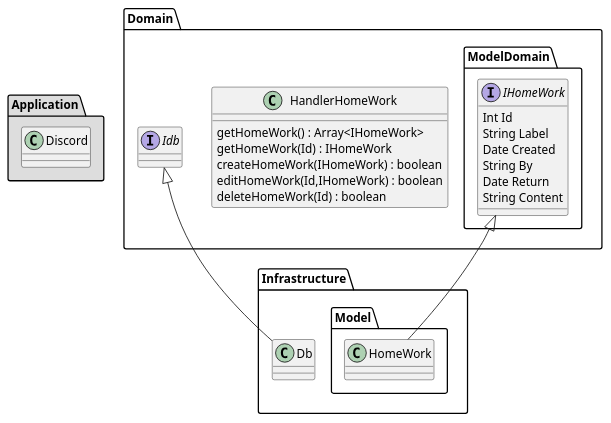
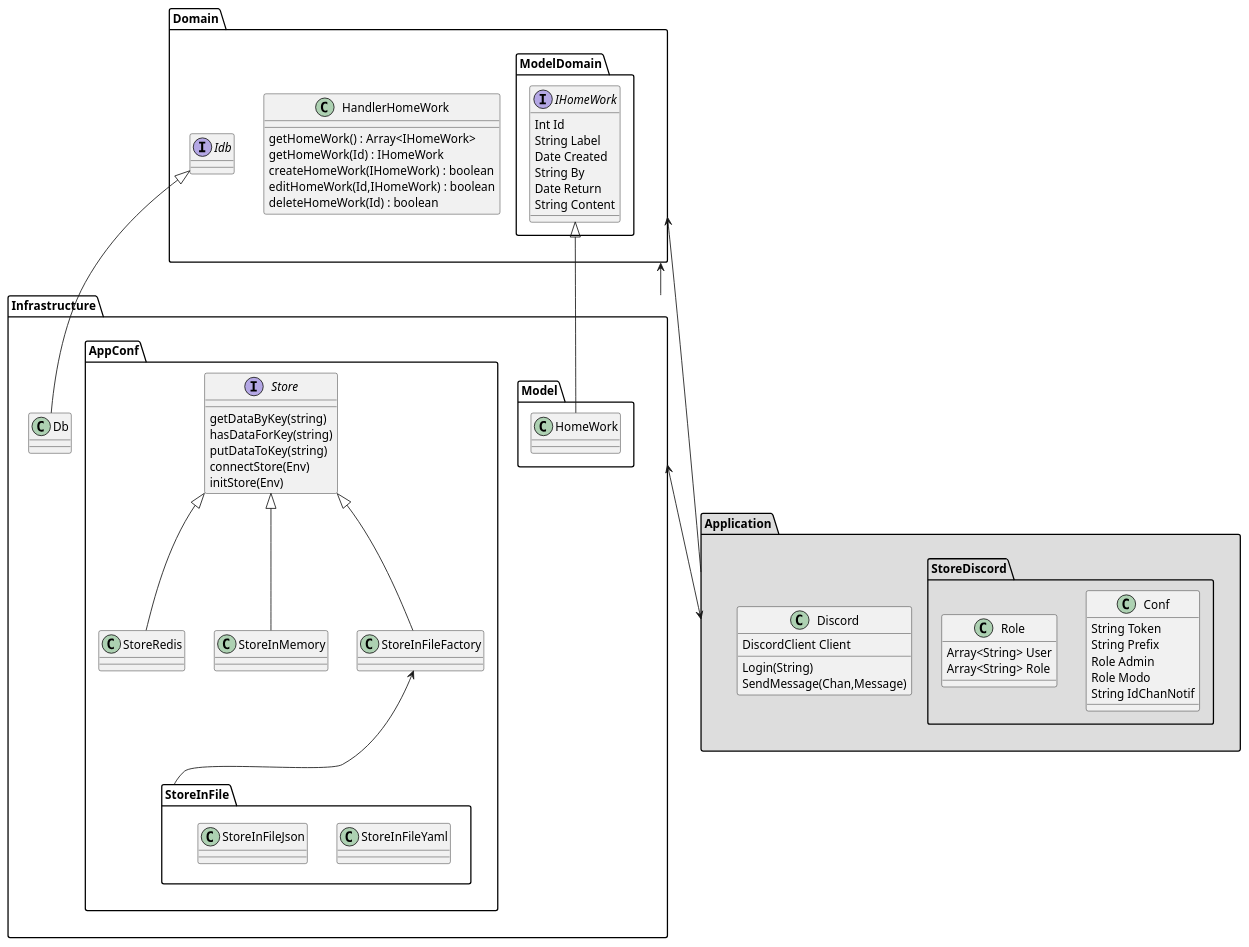
Before and after one commit to batleforc/BotKodan: the diagram in protoDDD.puml, drawn with PlantUML. The commit also changed 1 other file, not shown here.

Commit message:
[add] The store part that allow the connection of the bot and some link

```diff
--- a/protoDDD.puml
+++ b/protoDDD.puml
@@ -1,38 +1,79 @@
-@startuml
+@startuml ProtoDDD
 
-package "Application" #DDDDDD {
-  class Discord
+package "Application" as app #DDDDDD {
+  class Discord{
+    DiscordClient Client
+    Login(String)
+    SendMessage(Chan,Message)
+  }
+  package StoreDiscord{
+    class Conf{
+      String Token
+      String Prefix
+      Role Admin
+      Role Modo
+      String IdChanNotif
+    }
+    class Role{
+      Array<String> User
+      Array<String> Role
+    }
+  }
 }
 
-package "Domain" {
+package "Domain" as domain {
   package ModelDomain{
     interface IHomeWork{
       Int Id
       String Label
       Date Created
       String By
       Date Return
       String Content
     }
   }
   class HandlerHomeWork{
     getHomeWork() : Array<IHomeWork>
     getHomeWork(Id) : IHomeWork
     createHomeWork(IHomeWork) : boolean
     editHomeWork(Id,IHomeWork) : boolean
     deleteHomeWork(Id) : boolean
   }
   interface Idb
 }
 
-package "Infrastructure"{
+package "Infrastructure" as infra{
   class Db
   package "Model"{
     class HomeWork
+  }
+  package "AppConf"{
+    interface Store{
+      getDataByKey(string)
+      hasDataForKey(string)
+      putDataToKey(string)
+      connectStore(Env)
+      initStore(Env)
+    }
+    class StoreRedis
+    class StoreInMemory
+    Class StoreInFileFactory
+    package StoreInFile{
+      class StoreInFileYaml
+      class StoreInFileJson
+    }
   }
 }
 
 IHomeWork <|-- HomeWork
 Idb <|-- Db
+Store <|-- StoreRedis
+Store <|-- StoreInMemory
+Store <|-- StoreInFileFactory
+StoreInFileFactory <-- StoreInFile
+
+domain <-- infra
+domain <-- app
+infra <--> app
 
 @enduml
```
